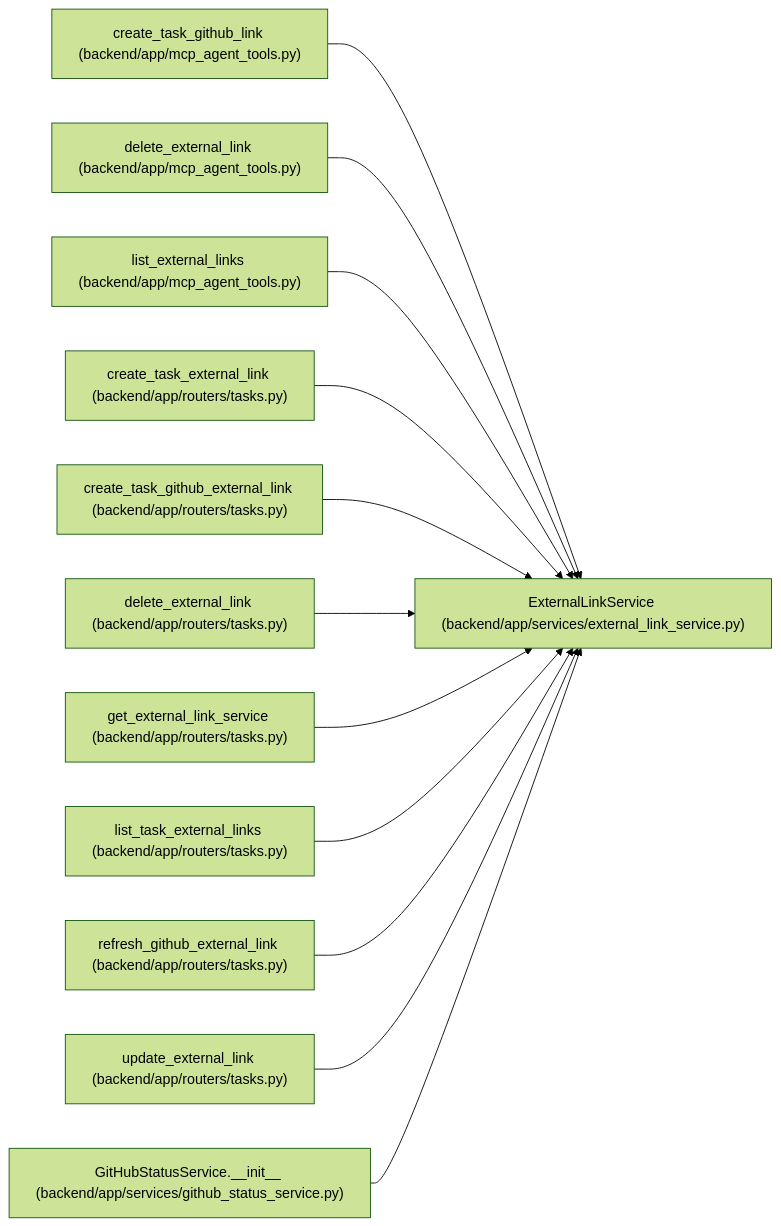
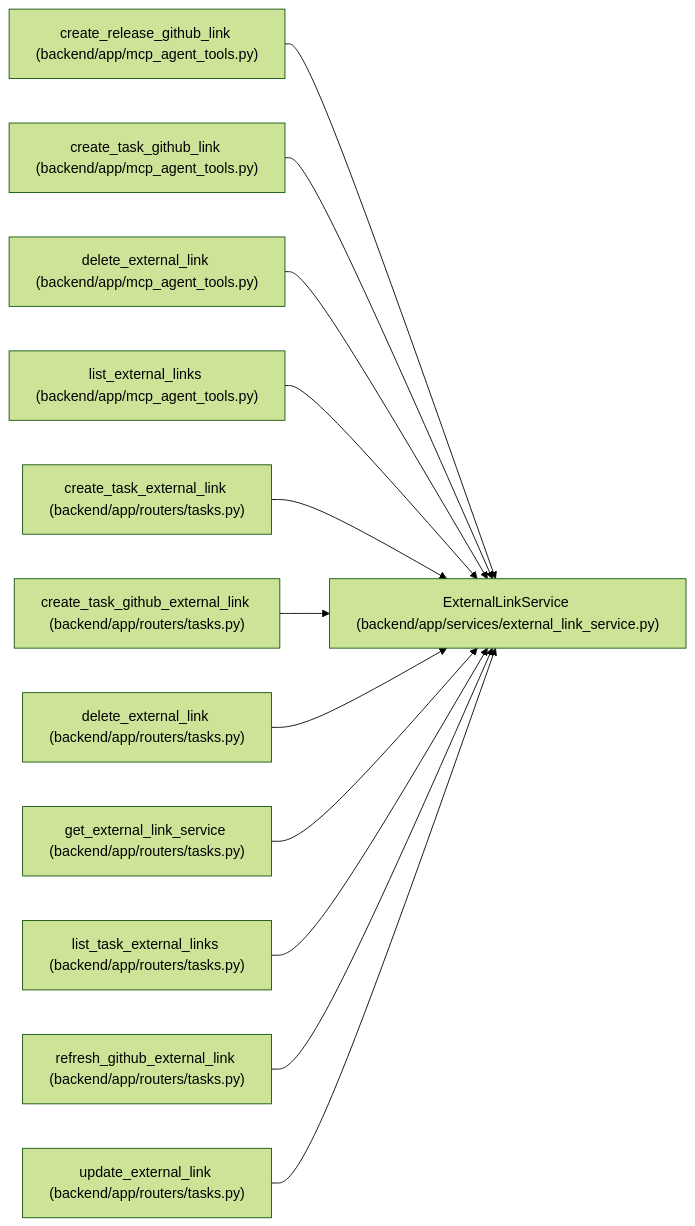
The diagram in docs/llm_wiki/entities/ExternalLinkService.md (Denissvgn/WorkChord), drawn with Mermaid (forest theme) before and after one commit. The commit also changed other lines of this file and 2373 other files, not shown here.

Commit message:
Refresh workspace and agent review documentation

````diff
--- a/docs/llm_wiki/entities/ExternalLinkService.md
+++ b/docs/llm_wiki/entities/ExternalLinkService.md
@@ -41,38 +44,38 @@
 ```mermaid
 flowchart LR
     n0["ExternalLinkService (backend/app/services/external_link_service.py)"]
-    n1["create_task_github_link (backend/app/mcp_agent_tools.py)"]
-    n2["delete_external_link (backend/app/mcp_agent_tools.py)"]
-    n3["list_external_links (backend/app/mcp_agent_tools.py)"]
-    n4["create_task_external_link (backend/app/routers/tasks.py)"]
-    n5["create_task_github_external_link (backend/app/routers/tasks.py)"]
-    n6["delete_external_link (backend/app/routers/tasks.py)"]
-    n7["get_external_link_service (backend/app/routers/tasks.py)"]
-    n8["list_task_external_links (backend/app/routers/tasks.py)"]
-    n9["refresh_github_external_link (backend/app/routers/tasks.py)"]
-    n10["update_external_link (backend/app/routers/tasks.py)"]
-    n11["GitHubStatusService.__init__ (backend/app/services/github_status_service.py)"]
+    n1["create_release_github_link (backend/app/mcp_agent_tools.py)"]
+    n2["create_task_github_link (backend/app/mcp_agent_tools.py)"]
+    n3["delete_external_link (backend/app/mcp_agent_tools.py)"]
+    n4["list_external_links (backend/app/mcp_agent_tools.py)"]
+    n5["create_task_external_link (backend/app/routers/tasks.py)"]
+    n6["create_task_github_external_link (backend/app/routers/tasks.py)"]
+    n7["delete_external_link (backend/app/routers/tasks.py)"]
+    n8["get_external_link_service (backend/app/routers/tasks.py)"]
+    n9["list_task_external_links (backend/app/routers/tasks.py)"]
+    n10["refresh_github_external_link (backend/app/routers/tasks.py)"]
+    n11["update_external_link (backend/app/routers/tasks.py)"]
     n1 --> n0
     n2 --> n0
     n3 --> n0
     n4 --> n0
     n5 --> n0
     n6 --> n0
     n7 --> n0
     n8 --> n0
     n9 --> n0
     n10 --> n0
     n11 --> n0
     click n0 "../modules/external_link_service.md"
     click n1 "../modules/mcp_agent_tools.md"
     click n2 "../modules/mcp_agent_tools.md"
     click n3 "../modules/mcp_agent_tools.md"
-    click n4 "../modules/tasks.md"
+    click n4 "../modules/mcp_agent_tools.md"
     click n5 "../modules/tasks.md"
     click n6 "../modules/tasks.md"
     click n7 "../modules/tasks.md"
     click n8 "../modules/tasks.md"
     click n9 "../modules/tasks.md"
     click n10 "../modules/tasks.md"
-    click n11 "../modules/github_status_service.md"
+    click n11 "../modules/tasks.md"
 ```
````
